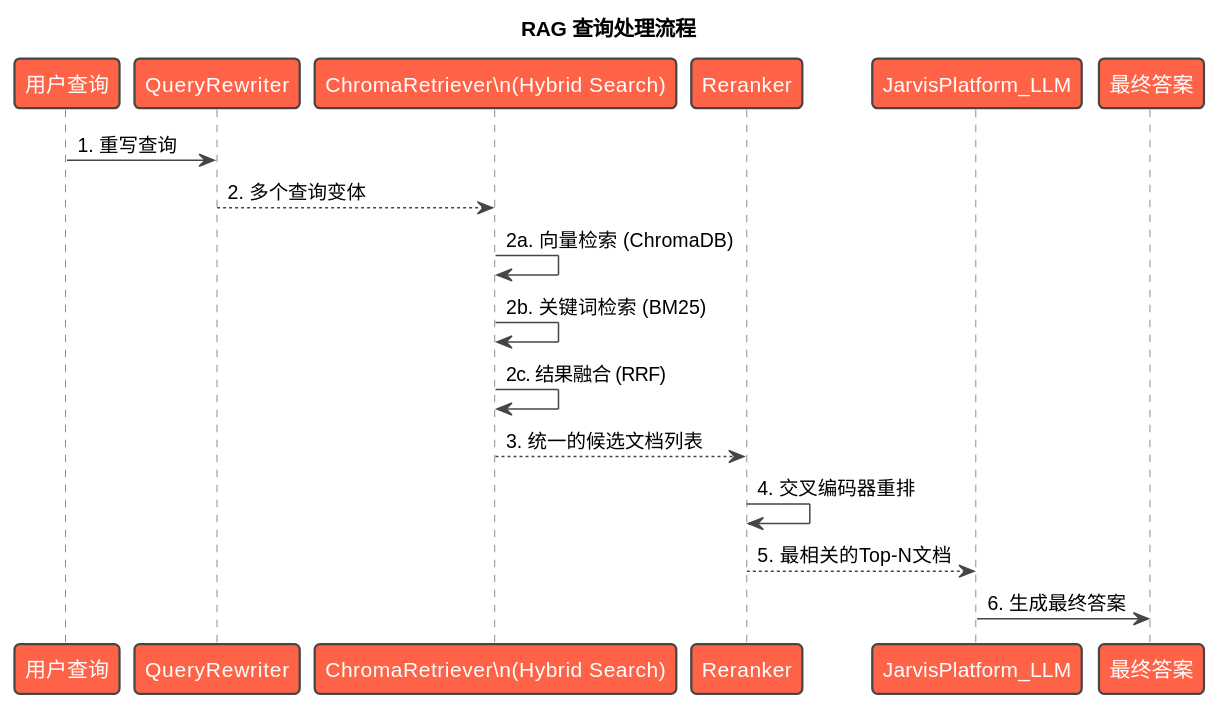
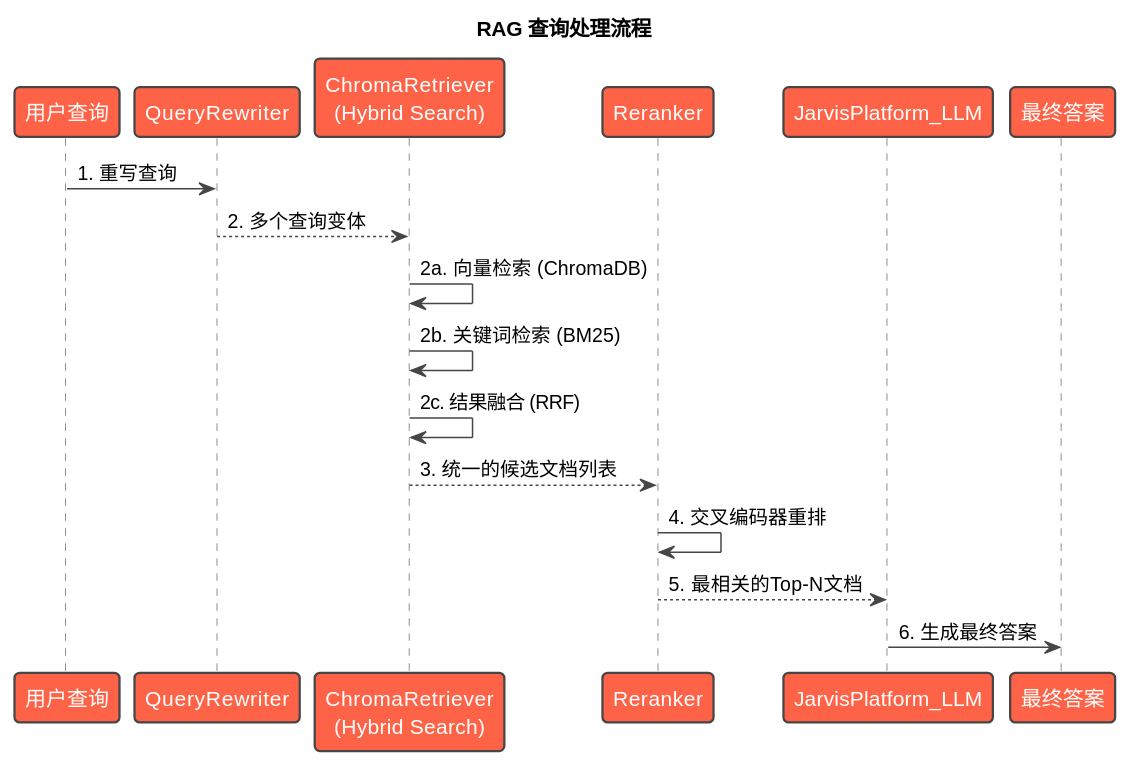
One commit to skyfireitdiy/Jarvis changed the sixth of 7 diagrams in docs/technical_documentation.md. Above: the diagram before and after it, drawn with PlantUML. The commit also changed other lines of this file and 4 other files, not shown here.

````diff
--- a/docs/technical_documentation.md
+++ b/docs/technical_documentation.md
@@ -411,31 +412,31 @@
 ```plantuml
 @startuml
 !theme vibrant
 title RAG 查询处理流程
 
 participant "用户查询" as UserQuery
 participant "QueryRewriter" as QR
-participant "ChromaRetriever\\n(Hybrid Search)" as Retriever
+participant "ChromaRetriever\n(Hybrid Search)" as Retriever
 participant "Reranker" as Reranker
 participant "JarvisPlatform_LLM" as LLM
 participant "最终答案" as FinalAnswer
 
 UserQuery -> QR : 1. 重写查询
 QR --> Retriever : 2. 多个查询变体
 
 box "混合检索 (Hybrid Retrieval)" #LightBlue
     Retriever -> Retriever : 2a. 向量检索 (ChromaDB)
     Retriever -> Retriever : 2b. 关键词检索 (BM25)
     Retriever -> Retriever : 2c. 结果融合 (RRF)
 end box
 
 Retriever --> Reranker : 3. 统一的候选文档列表
 
 Reranker -> Reranker : 4. 交叉编码器重排
 
 Reranker --> LLM : 5. 最相关的Top-N文档
 
 LLM -> FinalAnswer : 6. 生成最终答案
 
 @enduml
 ```
````
